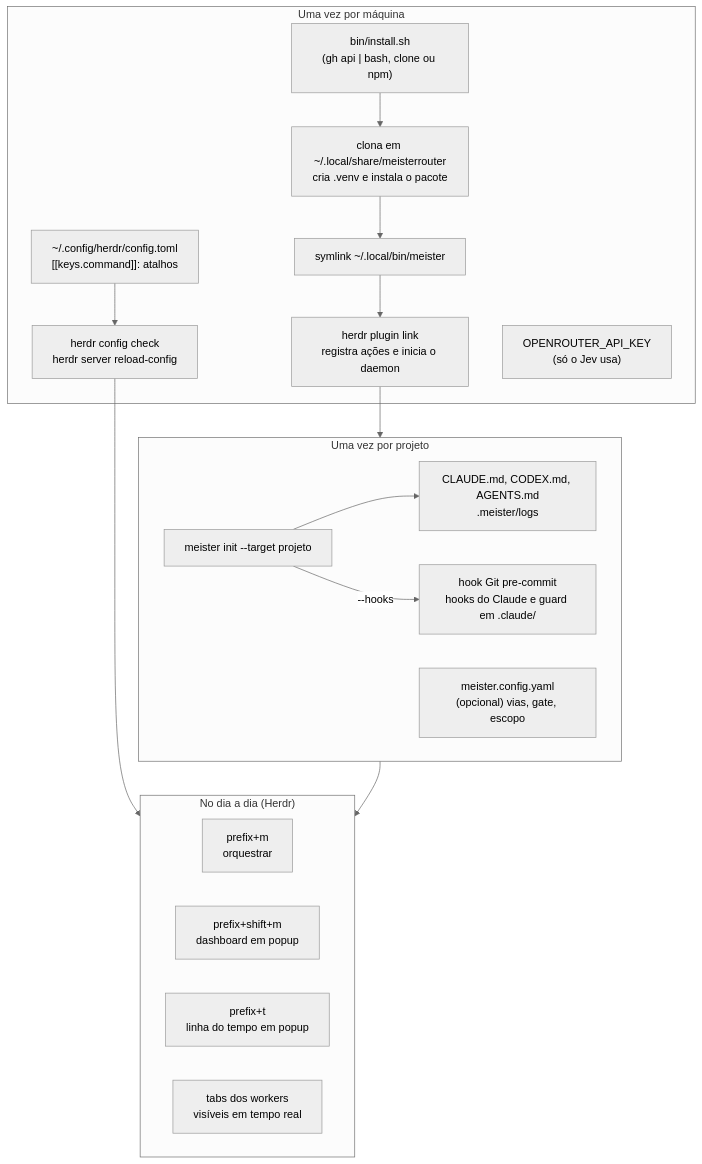
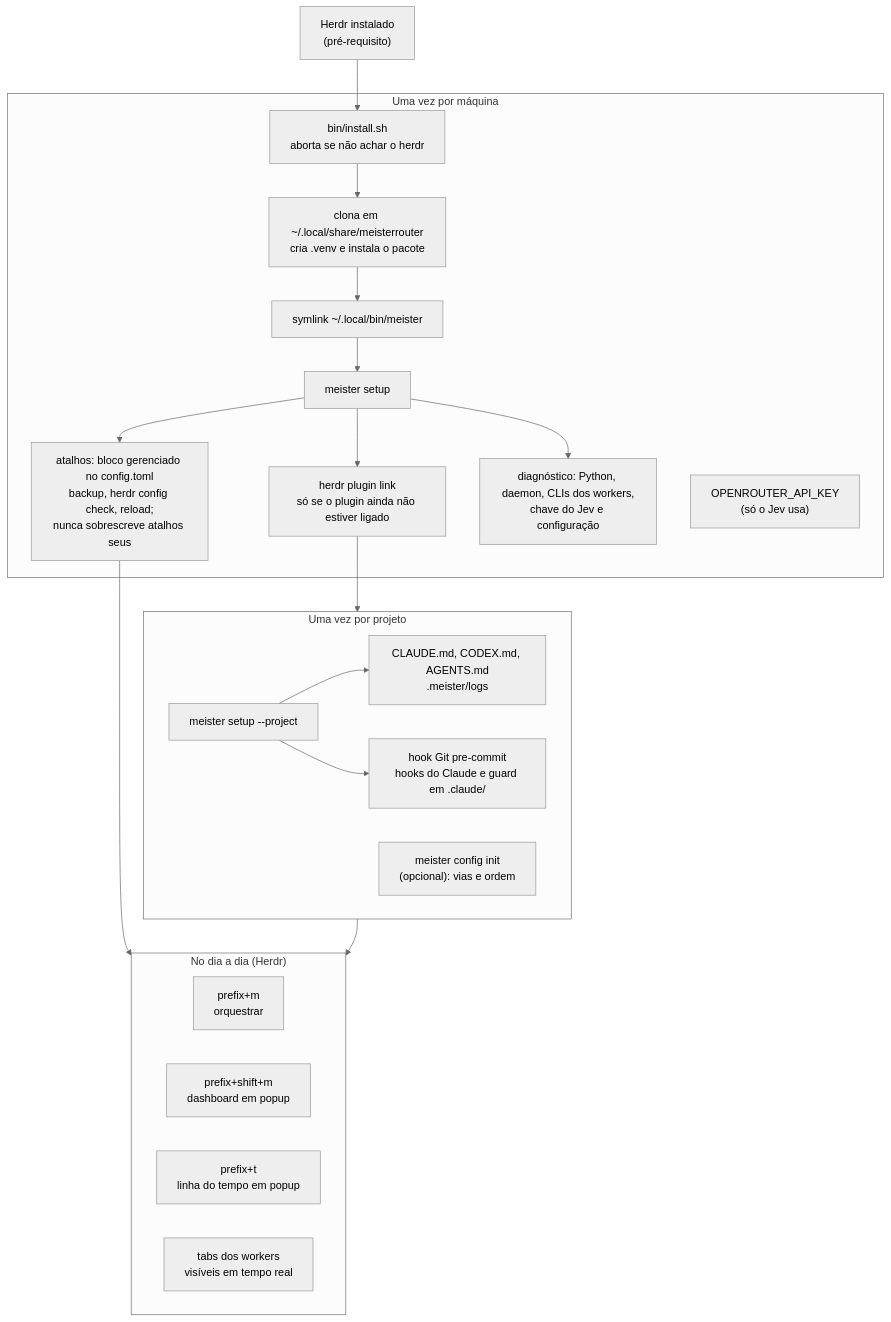
Diagram 13 of 13 in docs/DIAGRAMAS.md (CristianonCarvalho/meisterrouter), drawn with Mermaid (neutral theme) before and after one commit. The commit also changed other lines of this file and 4 other files, not shown here.

````diff
--- a/docs/DIAGRAMAS.md
+++ b/docs/DIAGRAMAS.md
@@ -470,24 +472,27 @@
 ```mermaid
 flowchart TD
+  H["Herdr instalado<br/>(pré-requisito)"] --> I1
   subgraph INS["Uma vez por máquina"]
-    I1["bin/install.sh<br/>(gh api | bash, clone ou npm)"] --> I2["clona em ~/.local/share/meisterrouter<br/>cria .venv e instala o pacote"]
+    I1["bin/install.sh<br/>aborta se não achar o herdr"] --> I2["clona em ~/.local/share/meisterrouter<br/>cria .venv e instala o pacote"]
     I2 --> I3["symlink ~/.local/bin/meister"]
-    I3 --> I4["herdr plugin link<br/>registra ações e inicia o daemon"]
-    I5["~/.config/herdr/config.toml<br/>[[keys.command]]: atalhos"] --> I6["herdr config check<br/>herdr server reload-config"]
+    I3 --> I4["meister setup"]
+    I4 --> S1["herdr plugin link<br/>só se o plugin ainda não estiver ligado"]
+    I4 --> S2["atalhos: bloco gerenciado no config.toml<br/>backup, herdr config check, reload;<br/>nunca sobrescreve atalhos seus"]
+    I4 --> S3["diagnóstico: Python, daemon, CLIs dos workers,<br/>chave do Jev e configuração"]
     I7["OPENROUTER_API_KEY<br/>(só o Jev usa)"]
   end
   subgraph PRJ["Uma vez por projeto"]
-    P1["meister init --target projeto"] --> P2["CLAUDE.md, CODEX.md, AGENTS.md<br/>.meister/logs"]
-    P1 -- "--hooks" --> P3["hook Git pre-commit<br/>hooks do Claude e guard em .claude/"]
-    P4["meister.config.yaml<br/>(opcional) vias, gate, escopo"]
+    P1["meister setup --project"] --> P2["CLAUDE.md, CODEX.md, AGENTS.md<br/>.meister/logs"]
+    P1 --> P3["hook Git pre-commit<br/>hooks do Claude e guard em .claude/"]
+    P4["meister config init<br/>(opcional): vias e ordem"]
   end
   subgraph USO["No dia a dia (Herdr)"]
     U1["prefix+m<br/>orquestrar"]
     U2["prefix+shift+m<br/>dashboard em popup"]
     U3["prefix+t<br/>linha do tempo em popup"]
     U4["tabs dos workers<br/>visíveis em tempo real"]
   end
-  I4 --> PRJ
-  I6 --> USO
+  S1 --> PRJ
+  S2 --> USO
   PRJ --> USO
 ```
````
